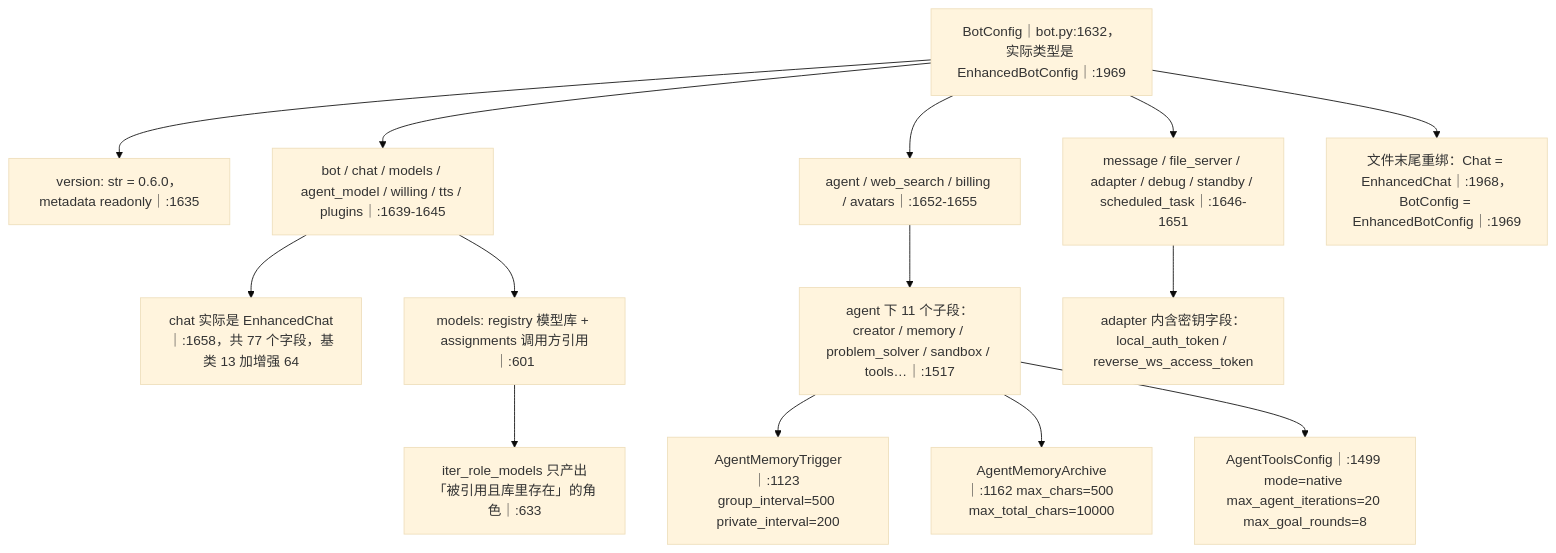
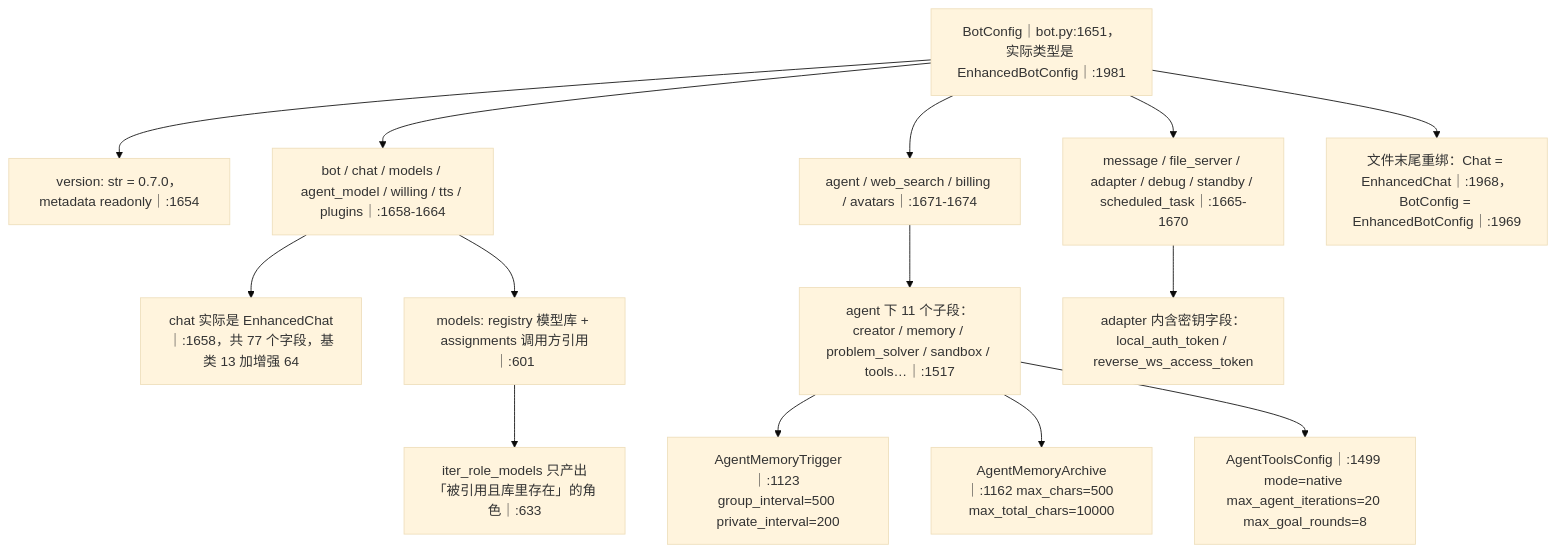
One commit to SuperQuail/NeoBot changed the third of 11 diagrams in docs/flow/01b-config-system.md. Above: the diagram before and after it, drawn with Mermaid (base theme). The commit also changed other lines of this file and 52 other files, not shown here.

````diff
--- a/docs/flow/01b-config-system.md
+++ b/docs/flow/01b-config-system.md
@@ -126,16 +126,16 @@
 ```mermaid
 flowchart TD
-    A["BotConfig｜bot.py:1632，实际类型是 EnhancedBotConfig｜:1969"] --> B["version: str = 0.6.0，metadata readonly｜:1635"]
-    A --> C["bot / chat / models / agent_model / willing / tts / plugins｜:1639-1645"]
-    A --> D["message / file_server / adapter / debug / standby / scheduled_task｜:1646-1651"]
-    A --> E["agent / web_search / billing / avatars｜:1652-1655"]
+    A["BotConfig｜bot.py:1651，实际类型是 EnhancedBotConfig｜:1981"] --> B["version: str = 0.7.0，metadata readonly｜:1654"]
+    A --> C["bot / chat / models / agent_model / willing / tts / plugins｜:1658-1664"]
+    A --> D["message / file_server / adapter / debug / standby / scheduled_task｜:1665-1670"]
+    A --> E["agent / web_search / billing / avatars｜:1671-1674"]
     C --> C1["chat 实际是 EnhancedChat｜:1658，共 77 个字段，基类 13 加增强 64"]
     C --> C2["models: registry 模型库 + assignments 调用方引用｜:601"]
     C2 --> C3["iter_role_models 只产出「被引用且库里存在」的角色｜:633"]
     E --> E1["agent 下 11 个子段：creator / memory / problem_solver / sandbox / tools…｜:1517"]
     E1 --> E2["AgentMemoryTrigger｜:1123 group_interval=500 private_interval=200"]
     E1 --> E3["AgentMemoryArchive｜:1162 max_chars=500 max_total_chars=10000"]
     E1 --> E4["AgentToolsConfig｜:1499 mode=native max_agent_iterations=20 max_goal_rounds=8"]
     D --> D1["adapter 内含密钥字段：local_auth_token / reverse_ws_access_token"]
     A --> F["文件末尾重绑：Chat = EnhancedChat｜:1968，BotConfig = EnhancedBotConfig｜:1969"]
 ```
````
